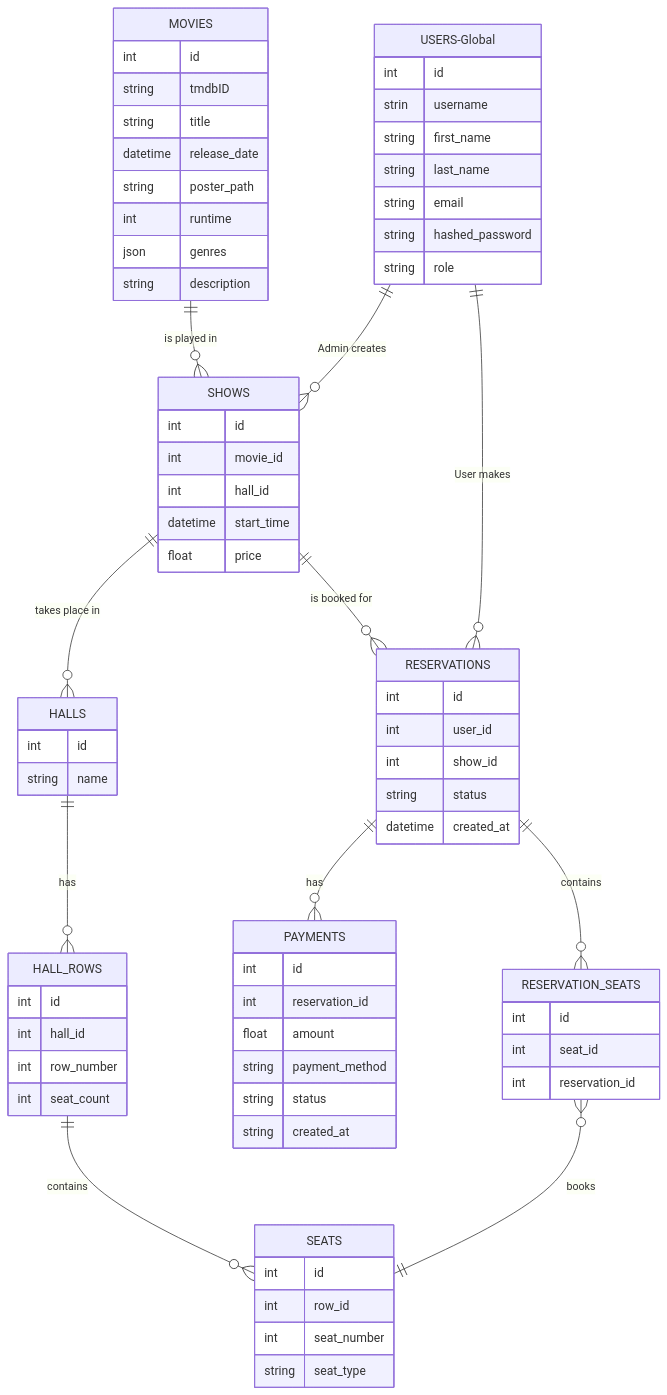
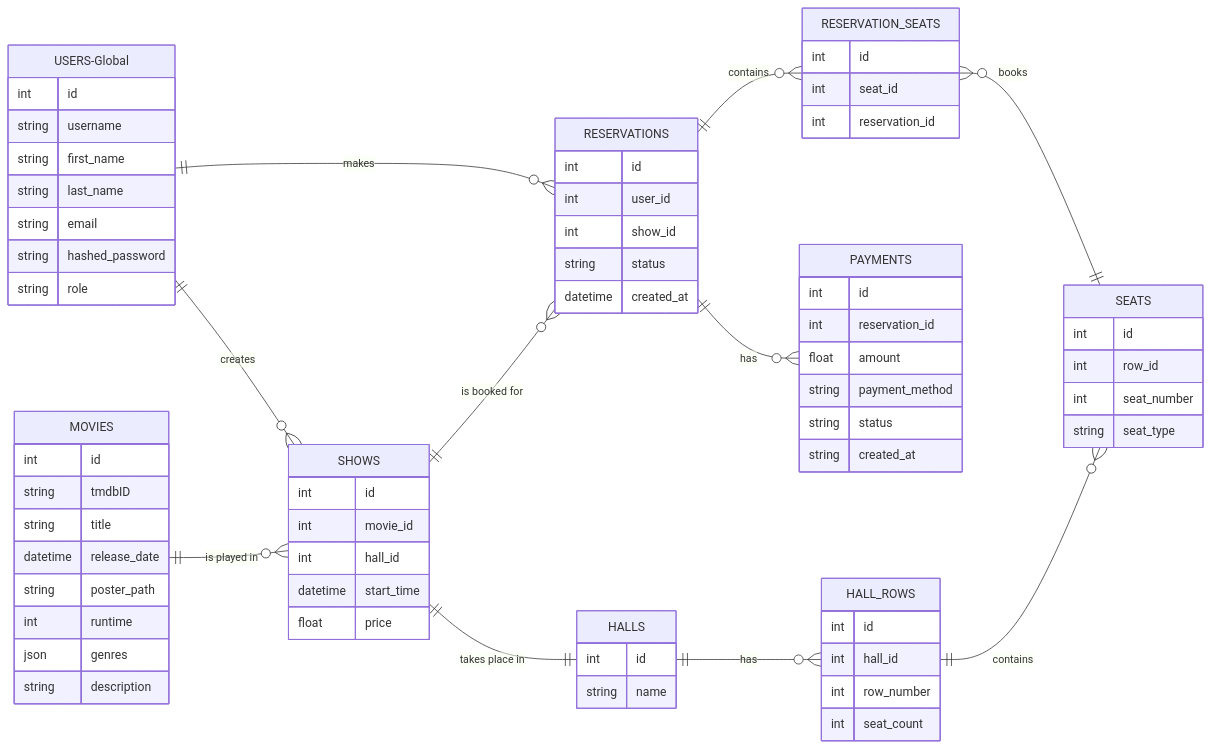
One commit to AIR-SR/Cinema-Ticket-Reservation-System changed the diagram in README.md. Above: the diagram before and after it, drawn with Mermaid.

````diff
--- a/README.md
+++ b/README.md
@@ -105,52 +105,16 @@
 ```mermaid
 erDiagram
+    direction LR
+
+    %% === USER GROUP ===
     USERS-Global {
         int id
-        strin username
+        string username
         string first_name
         string last_name
         string email
         string hashed_password
         string role
-    }
-
-    HALLS {
-        int id
-        %% int cinema_id
-        string name
-    }
-
-    HALL_ROWS {
-        int id
-        int hall_id
-        int row_number
-        int seat_count
-    }
-
-    SEATS {
-        int id
-        int row_id
-        int seat_number
-        string seat_type
-    }
-
-    MOVIES {
-        int id
-        string tmdbID
-        string title
-        datetime release_date
-        string poster_path
-        int runtime
-        json genres
-        string description
-    }
-
-    SHOWS {
-        int id
-        int movie_id
-        int hall_id
-        datetime start_time
-        float price
     }
 
     RESERVATIONS {
@@ -176,17 +140,60 @@
         string created_at
     }
 
-    %% Relationships
-    USERS-Global ||--o{ RESERVATIONS : "User makes"
+    %% === CINEMA STRUCTURE ===
+    HALLS {
+        int id
+        string name
+    }
+
+    HALL_ROWS {
+        int id
+        int hall_id
+        int row_number
+        int seat_count
+    }
+
+    SEATS {
+        int id
+        int row_id
+        int seat_number
+        string seat_type
+    }
+
+    %% === MOVIES & SHOWS ===
+    MOVIES {
+        int id
+        string tmdbID
+        string title
+        datetime release_date
+        string poster_path
+        int runtime
+        json genres
+        string description
+    }
+
+    SHOWS {
+        int id
+        int movie_id
+        int hall_id
+        datetime start_time
+        float price
+    }
+
+    %% === RELATIONSHIPS ===
+    USERS-Global ||--o{ RESERVATIONS : "makes"
     RESERVATIONS ||--o{ RESERVATION_SEATS : "contains"
     RESERVATION_SEATS }o--|| SEATS : "books"
     RESERVATIONS ||--o{ PAYMENTS : "has"
+
     HALLS ||--o{ HALL_ROWS : "has"
     HALL_ROWS ||--o{ SEATS : "contains"
+
     MOVIES ||--o{ SHOWS : "is played in"
     SHOWS ||--o{ RESERVATIONS : "is booked for"
-    SHOWS ||--o{ HALLS : "takes place in"
-    USERS-Global ||--o{ SHOWS : "Admin creates"
+    SHOWS ||--|| HALLS : "takes place in"
+    USERS-Global ||--o{ SHOWS : "creates"
+
 
     %% ENUM Descriptions (Mermaid does not support enums natively)
     %% Role: admin, staff, customer
````
